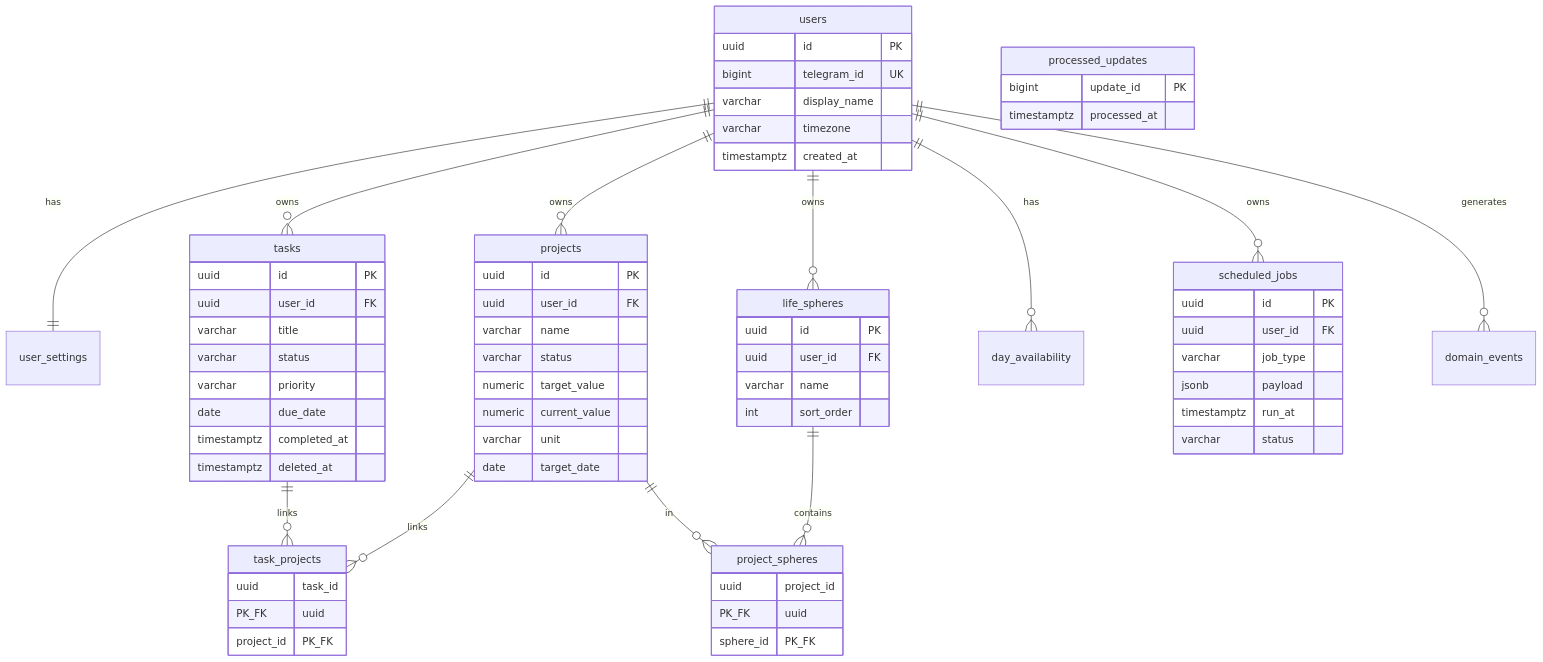
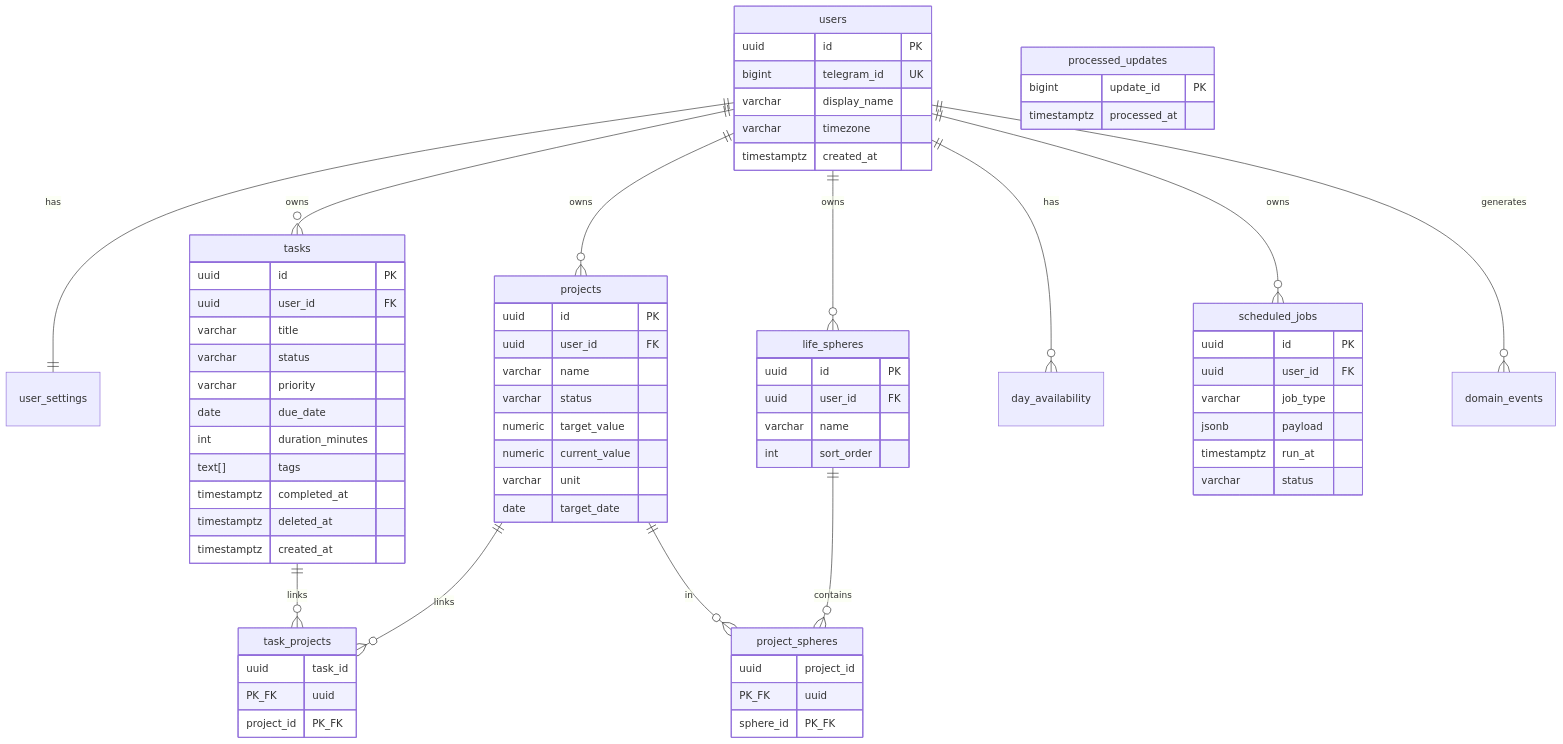
Before and after one commit to ezhigval/lifeos: the diagram in docs/diagrams/ER.md, drawn with Mermaid. The commit also changed 43 other files, not shown here.

First line of the commit message:
feat(tasks): full task lifecycle with duration, tags, and auto-reschedule

````diff
--- a/docs/diagrams/ER.md
+++ b/docs/diagrams/ER.md
@@ -13,76 +13,79 @@
 ```mermaid
 erDiagram
     users ||--|| user_settings : has
     users ||--o{ tasks : owns
     users ||--o{ projects : owns
     users ||--o{ life_spheres : owns
     users ||--o{ day_availability : has
     users ||--o{ scheduled_jobs : owns
     users ||--o{ domain_events : generates
 
     projects ||--o{ task_projects : links
     tasks ||--o{ task_projects : links
     projects ||--o{ project_spheres : in
     life_spheres ||--o{ project_spheres : contains
 
     users {
         uuid id PK
         bigint telegram_id UK
         varchar display_name
         varchar timezone
         timestamptz created_at
     }
 
     tasks {
         uuid id PK
         uuid user_id FK
         varchar title
         varchar status
         varchar priority
         date due_date
+        int duration_minutes
+        text[] tags
         timestamptz completed_at
         timestamptz deleted_at
+        timestamptz created_at
     }
 
     projects {
         uuid id PK
         uuid user_id FK
         varchar name
         varchar status
         numeric target_value
         numeric current_value
         varchar unit
         date target_date
     }
 
     life_spheres {
         uuid id PK
         uuid user_id FK
         varchar name
         int sort_order
     }
 
     task_projects {
         uuid task_id PK_FK
         uuid project_id PK_FK
     }
 
     project_spheres {
         uuid project_id PK_FK
         uuid sphere_id PK_FK
     }
 
     scheduled_jobs {
         uuid id PK
         uuid user_id FK
         varchar job_type
         jsonb payload
         timestamptz run_at
         varchar status
     }
 
     processed_updates {
         bigint update_id PK
         timestamptz processed_at
     }
 ```
````
